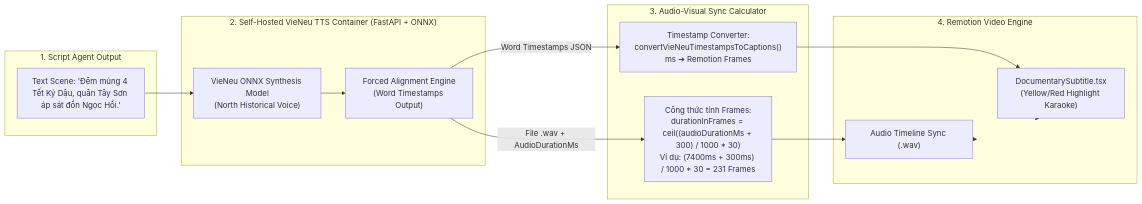
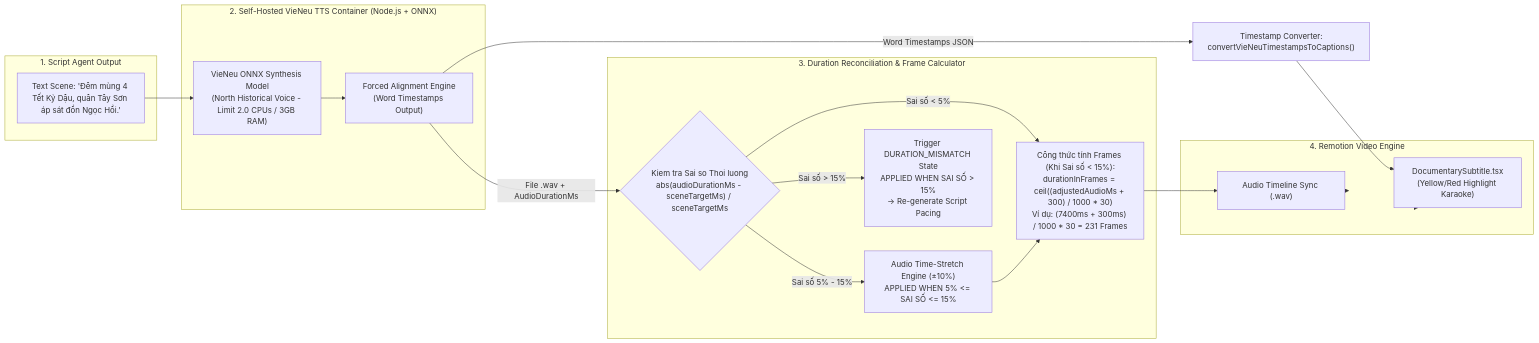
One commit to TCTri205/ChronoViet changed the fifth of 6 diagrams in docs/architecture/CHRONOVIET_ARCHITECTURE_DIAGRAMS.md. Above: the diagram before and after it, drawn with Mermaid. The commit also changed other lines of this file and 751 other files, not shown here.

````diff
--- a/docs/architecture/CHRONOVIET_ARCHITECTURE_DIAGRAMS.md
+++ b/docs/architecture/CHRONOVIET_ARCHITECTURE_DIAGRAMS.md
@@ -214,30 +232,37 @@
 ```mermaid
 flowchart LR
     subgraph ScriptInput["1. Script Agent Output"]
         TextContent["Text Scene: 'Đêm mùng 4 Tết Kỷ Dậu, quân Tây Sơn áp sát đồn Ngọc Hồi.'"]
     end
 
-    subgraph VieNeuEngine["2. Self-Hosted VieNeu TTS Container (FastAPI + ONNX)"]
-        TTSModel["VieNeu ONNX Synthesis Model\n(North Historical Voice)"]
+    subgraph VieNeuEngine["2. Self-Hosted VieNeu TTS Container (Node.js + ONNX)"]
+        TTSModel["VieNeu ONNX Synthesis Model\n(North Historical Voice - Limit 2.0 CPUs / 3GB RAM)"]
         WhisperAlign["Forced Alignment Engine\n(Word Timestamps Output)"]
     end
 
-    subgraph SyncMath["3. Audio-Visual Sync Calculator"]
-        DurationMath["Công thức tính Frames:\ndurationInFrames = ceil((audioDurationMs + 300) / 1000 * 30)\nVí dụ: (7400ms + 300ms) / 1000 * 30 = 231 Frames"]
-        CaptionConverter["Timestamp Converter:\nconvertVieNeuTimestampsToCaptions()\nms ➔ Remotion Frames"]
+    subgraph SyncMath["3. Duration Reconciliation & Frame Calculator"]
+        DurationCheck{"Kiem tra Sai so Thoi luong\nabs(audioDurationMs - sceneTargetMs) / sceneTargetMs"}
+        TimeStretch["Audio Time-Stretch Engine (±10%)\nAPPLIED WHEN 5% <= SAI SỐ <= 15%"]
+        DurationMath["Công thức tính Frames (Khi Sai số < 15%):\ndurationInFrames = ceil((adjustedAudioMs + 300) / 1000 * 30)\nVí dụ: (7400ms + 300ms) / 1000 * 30 = 231 Frames"]
+        MismatchTrigger["Trigger DURATION_MISMATCH State\nAPPLIED WHEN SAI SỐ > 15%\n-> Re-generate Script Pacing"]
     end
 
     subgraph RemotionOutput["4. Remotion Video Engine"]
         TimelineSync["Audio Timeline Sync (.wav)"]
         KaraokeSubtitle["DocumentarySubtitle.tsx\n(Yellow/Red Highlight Karaoke)"]
     end
 
     TextContent --> TTSModel
     TTSModel --> WhisperAlign
-    WhisperAlign -->|File .wav + AudioDurationMs| DurationMath
-    WhisperAlign -->|Word Timestamps JSON| CaptionConverter
+    WhisperAlign -->|File .wav + AudioDurationMs| DurationCheck
+    
+    DurationCheck -- Sai số < 5% --> DurationMath
+    DurationCheck -- Sai số 5% - 15% --> TimeStretch --> DurationMath
+    DurationCheck -- Sai số > 15% --> MismatchTrigger
+    
+    WhisperAlign -->|Word Timestamps JSON| CaptionConverter["Timestamp Converter:\nconvertVieNeuTimestampsToCaptions()"]
 
     DurationMath --> TimelineSync
     CaptionConverter --> KaraokeSubtitle
     TimelineSync & KaraokeSubtitle --> RemotionOutput
 ```
````
